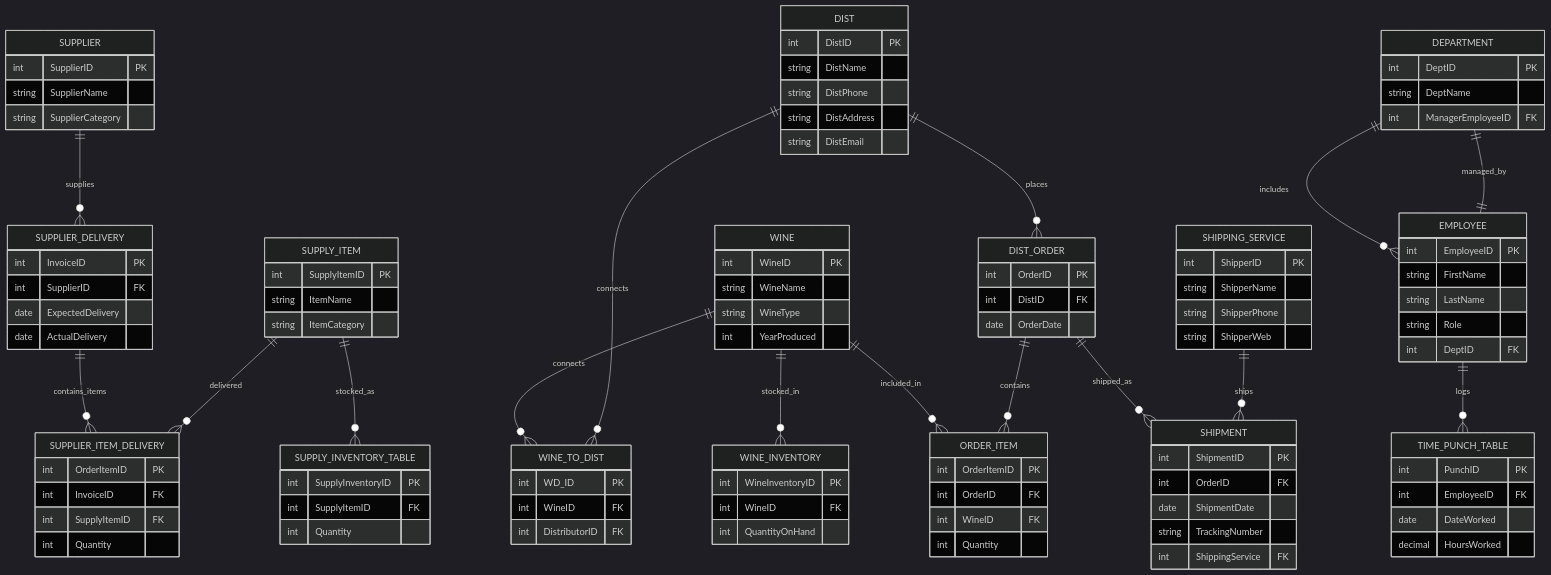
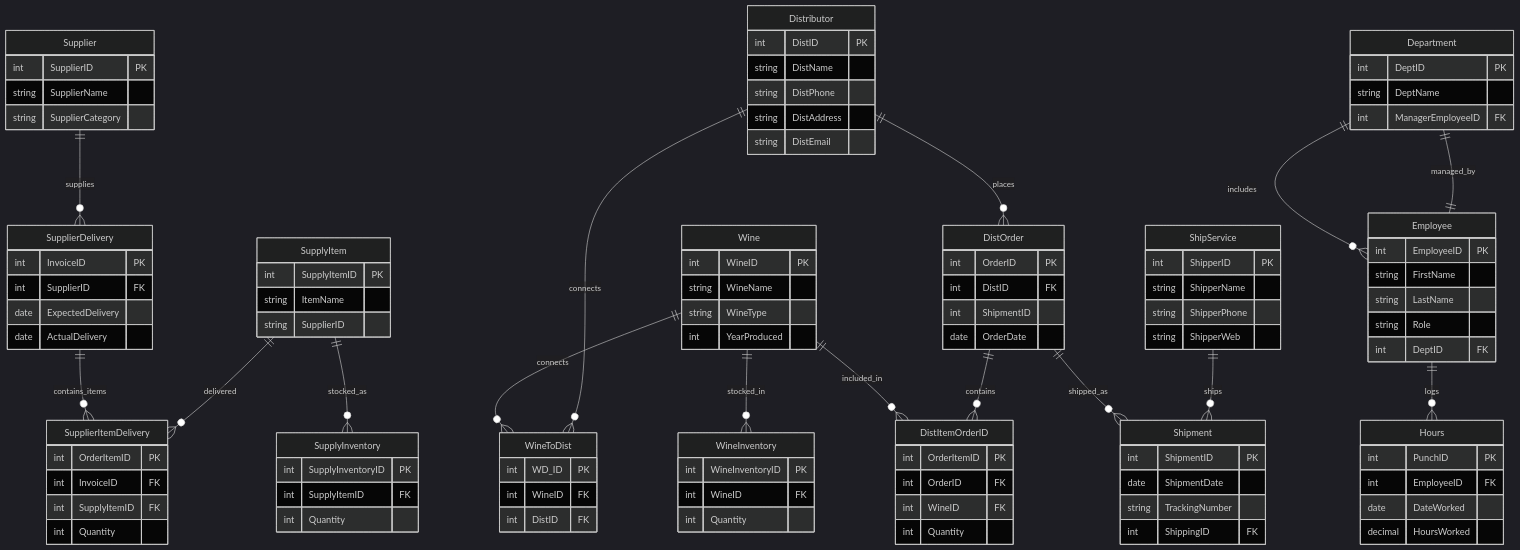
One commit to BobbyJoeCool/CSD310-BlueTeam changed the diagram in Milestone_12/ERD(UPDATE).mmd. Above: the diagram before and after it, drawn with Mermaid (dark theme). The commit also changed 1 other file, not shown here.

```diff
--- a/Milestone_12/ERD(UPDATE).mmd
+++ b/Milestone_12/ERD(UPDATE).mmd
@@ -1,145 +1,145 @@
 erDiagram
     direction TB
 
     %% Supplier Tables
 
-    SUPPLIER {
+    Supplier {
         int SupplierID PK
         string SupplierName
         string SupplierCategory
     }
 
-    SUPPLIER_DELIVERY {
+    SupplierDelivery {
         int InvoiceID PK
         int SupplierID FK
         date ExpectedDelivery
         date ActualDelivery
     }
 
-    SUPPLY_ITEM {
+    SupplyItem {
         int SupplyItemID PK
         string ItemName
-        string ItemCategory
+        string SupplierID
     }
 
-    SUPPLY_INVENTORY_TABLE {
+    SupplyInventory {
         int SupplyInventoryID PK
         int SupplyItemID FK
         int Quantity
     }
 
-    SUPPLIER_ITEM_DELIVERY {
+    SupplierItemDelivery {
         int OrderItemID PK
         int InvoiceID FK
         int SupplyItemID FK
         int Quantity
     }
 
 
-    %% WINE TABLES
+    %% Wine TABLES
 
-    WINE_INVENTORY {
+    WineInventory {
         int WineInventoryID PK
         int WineID FK
-        int QuantityOnHand
+        int Quantity
     }
 
-    WINE {
+    Wine {
         int WineID PK
         string WineName
         string WineType
         int YearProduced
     }
 
 
     %% DISTRIBUTOR TABLES
 
-    DIST {
+    Distributor {
         int DistID PK
         string DistName
         string DistPhone
         string DistAddress
         string DistEmail
     }
 
-    DIST_ORDER {
+    DistOrder {
         int OrderID PK
         int DistID FK
+        int ShipmentID
         date OrderDate
     }
 
-    ORDER_ITEM {
+    DistItemOrderID {
         int OrderItemID PK
         int OrderID FK
         int WineID FK
         int Quantity
     }
 
-    SHIPPING_SERVICE {
+    ShipService {
         int ShipperID PK
         string ShipperName
         string ShipperPhone
         string ShipperWeb
     }
 
-    SHIPMENT {
+    Shipment {
         int ShipmentID PK
-        int OrderID FK
         date ShipmentDate
         string TrackingNumber
-        int ShippingService FK
+        int ShippingID FK
     }
 
-    WINE_TO_DIST {
+    WineToDist {
         int WD_ID PK
         int WineID FK
-        int DistributorID FK
+        int DistID FK
     }
 
 
     %% Employee Tables
 
-    DEPARTMENT {
+    Department {
         int DeptID PK
         string DeptName
         int ManagerEmployeeID FK
     }
 
-    EMPLOYEE {
+    Employee {
         int EmployeeID PK
         string FirstName
         string LastName
         string Role
         int DeptID FK
     }
 
-    TIME_PUNCH_TABLE {
+    Hours {
         int PunchID PK
         int EmployeeID FK
         date DateWorked
         decimal HoursWorked
     }
 
 
     %% RELATIONSHIPS
     
-    SUPPLIER ||--o{ SUPPLIER_DELIVERY : supplies
-    SUPPLIER_DELIVERY ||--o{ SUPPLIER_ITEM_DELIVERY : contains_items
-    SUPPLY_ITEM ||--o{ SUPPLIER_ITEM_DELIVERY : delivered
-    SUPPLY_ITEM ||--o{ SUPPLY_INVENTORY_TABLE : stocked_as
+    Supplier ||--o{ SupplierDelivery : supplies
+    SupplierDelivery ||--o{ SupplierItemDelivery : contains_items
+    SupplyItem ||--o{ SupplierItemDelivery : delivered
+    SupplyItem ||--o{ SupplyInventory : stocked_as
 
-    WINE ||--o{ WINE_INVENTORY : stocked_in
-    WINE ||--o{ ORDER_ITEM : included_in
+    Wine ||--o{ WineInventory : stocked_in
+    Wine ||--o{ DistItemOrderID : included_in
 
-    DEPARTMENT ||--o{ EMPLOYEE : includes
-    EMPLOYEE ||--o{ TIME_PUNCH_TABLE : logs
-    DEPARTMENT ||--|| EMPLOYEE : managed_by
+    Department ||--o{ Employee : includes
+    Employee ||--o{ Hours : logs
+    Department ||--|| Employee : managed_by
 
-    DIST ||--o{ DIST_ORDER : places
-    DIST_ORDER ||--o{ ORDER_ITEM : contains
+    Distributor ||--o{ DistOrder : places
+    DistOrder ||--o{ DistItemOrderID : contains
 
-    DIST_ORDER ||--o{ SHIPMENT : shipped_as
-    SHIPPING_SERVICE ||--o{ SHIPMENT : ships
+    DistOrder ||--o{ Shipment : shipped_as
+    ShipService ||--o{ Shipment : ships
 
-    WINE ||--o{ WINE_TO_DIST : connects
-    DIST ||--o{ WINE_TO_DIST : connects
+    Wine ||--o{ WineToDist : connects
+    Distributor ||--o{ WineToDist : connects
```
